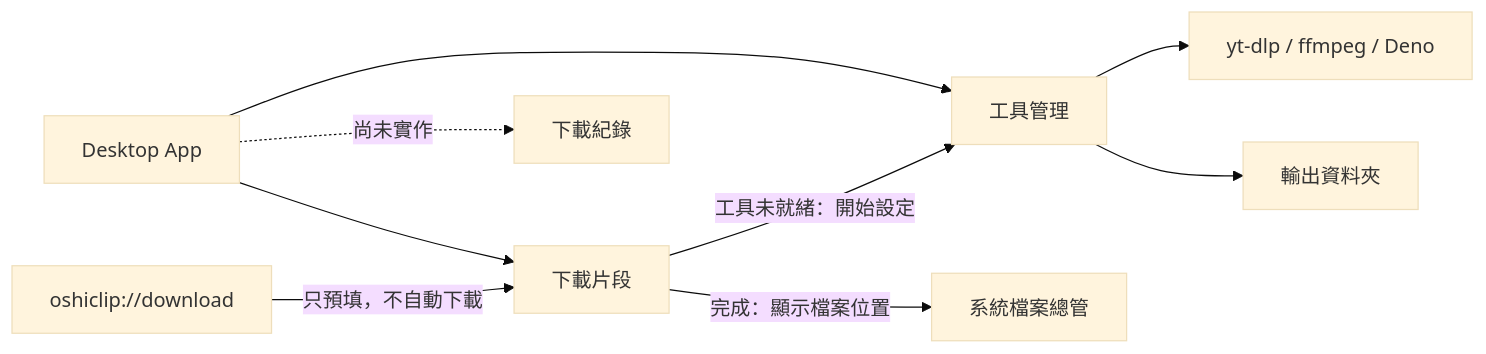
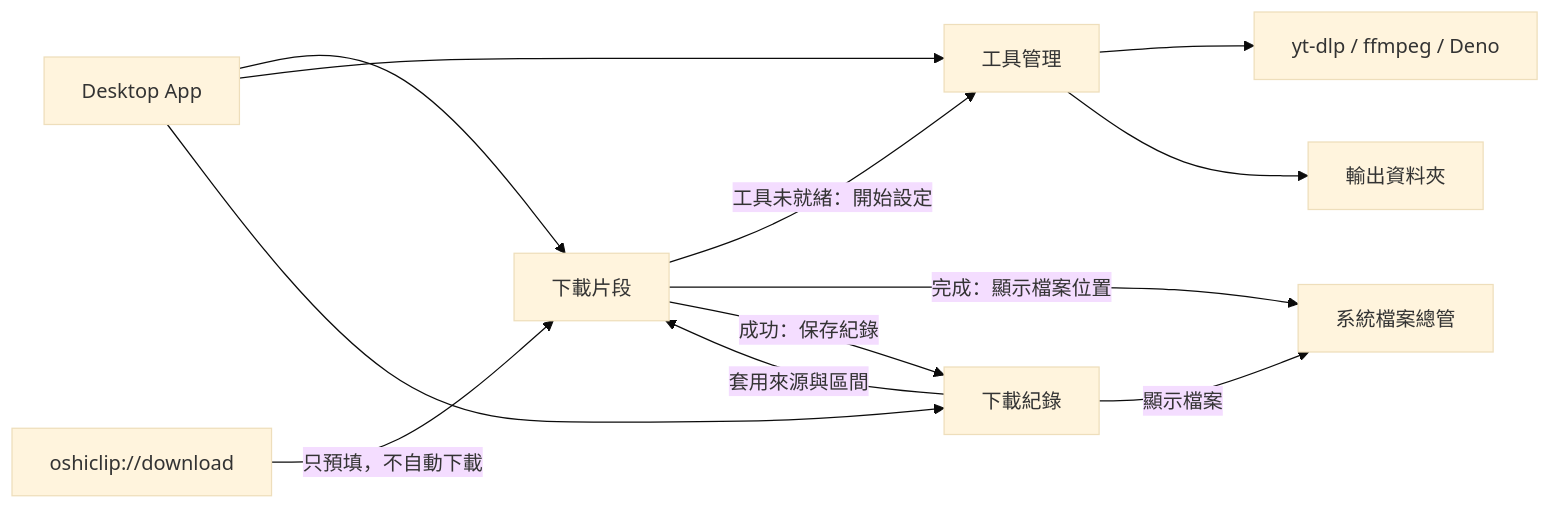
Before and after one commit to hydai/OshiClip: the first of 3 diagrams in UI-spec.md, drawn with Mermaid (base theme). The commit also changed other lines of this file and 17 other files, not shown here.

Commit message:
feat(history): add persistent download history

````diff
--- a/UI-spec.md
+++ b/UI-spec.md
@@ -67,11 +68,14 @@
 ```mermaid
 flowchart LR
     App[Desktop App] --> Download[下載片段]
     App --> Tools[工具管理]
-    App -. 尚未實作 .-> History[下載紀錄]
+    App --> History[下載紀錄]
     Download -->|工具未就緒：開始設定| Tools
     Download -->|完成：顯示檔案位置| Explorer[系統檔案總管]
+    Download -->|成功：保存紀錄| History
+    History -->|顯示檔案| Explorer
+    History -->|套用來源與區間| Download
     Tools --> ToolCards[yt-dlp / ffmpeg / Deno]
     Tools --> Output[輸出資料夾]
     DeepLink[oshiclip://download] -->|只預填，不自動下載| Download
 ```
````
